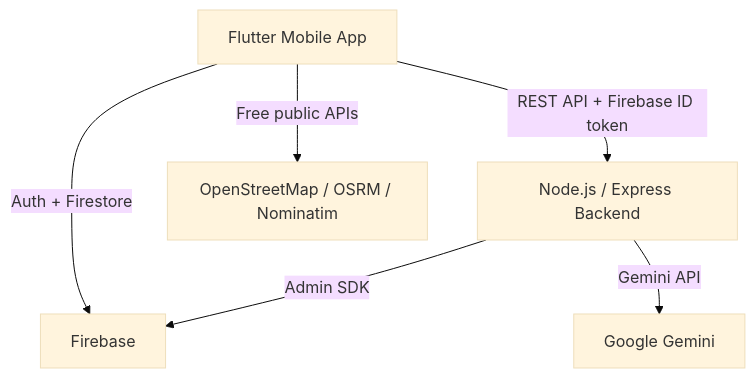
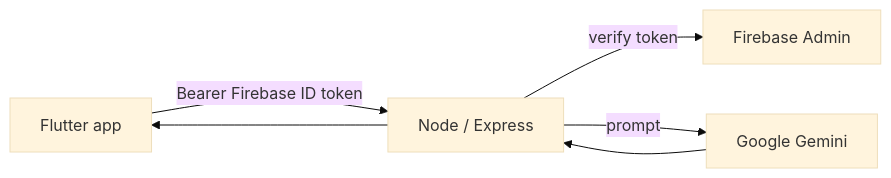
The third of 3 diagrams in README.md (adoraeden/safeher), drawn with Mermaid (base theme) before and after one commit. The commit also changed other lines of this file, not shown here.

````diff
--- a/README.md
+++ b/README.md
@@ -45,8 +96,7 @@
 ```mermaid
-flowchart TB
-    A[Flutter Mobile App] -->|Auth + Firestore| B[Firebase]
-    A -->|REST API + Firebase ID token| C[Node.js / Express Backend]
-    C -->|Gemini API| D[Google Gemini]
-    C -->|Admin SDK| B
-    A -->|Free public APIs| E[OpenStreetMap / OSRM / Nominatim]
+flowchart LR
+  App[Flutter app] -->|Bearer Firebase ID token| API[Node / Express]
+  API -->|verify token| Admin[Firebase Admin]
+  API -->|prompt| Gemini[Google Gemini]
+  Gemini --> API --> App
 ```
````
